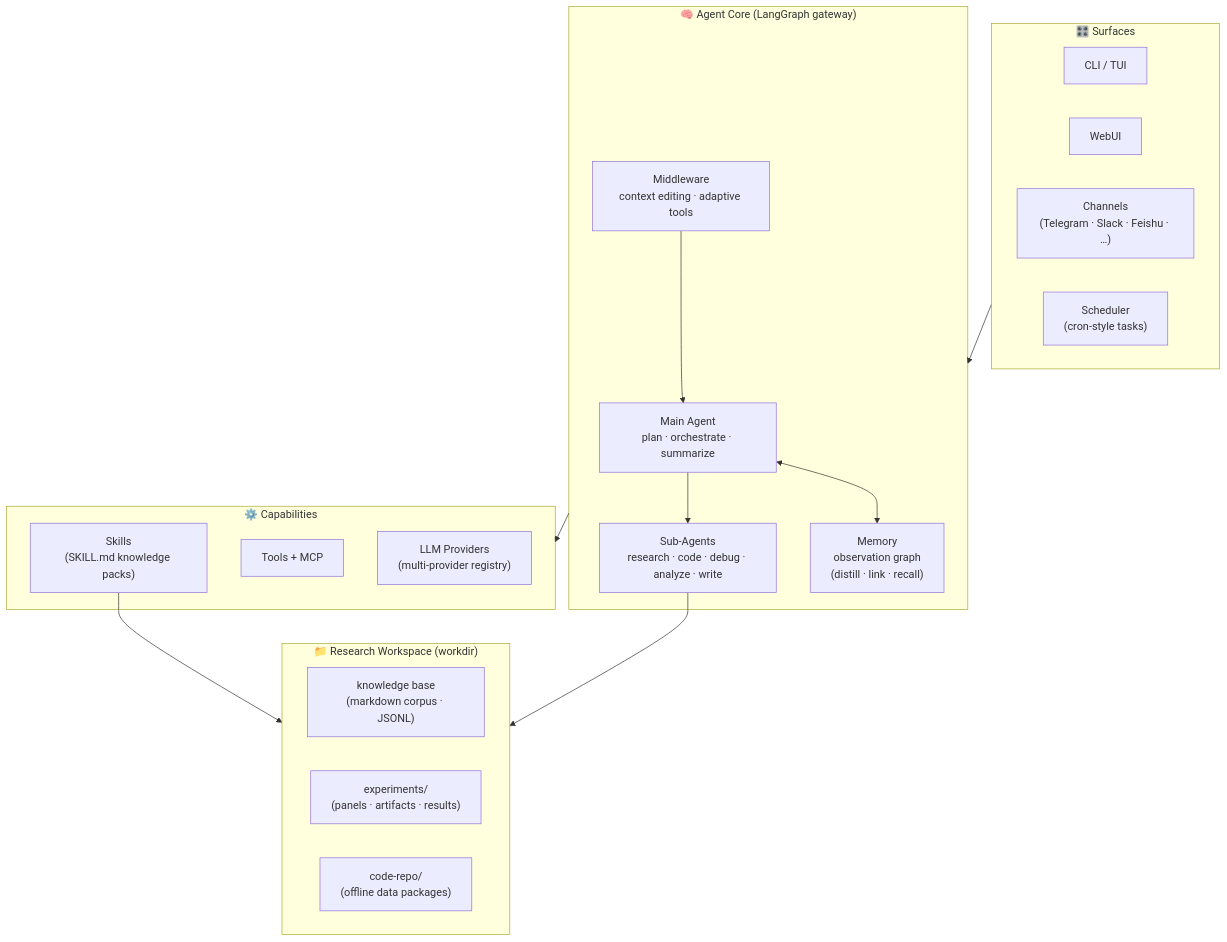
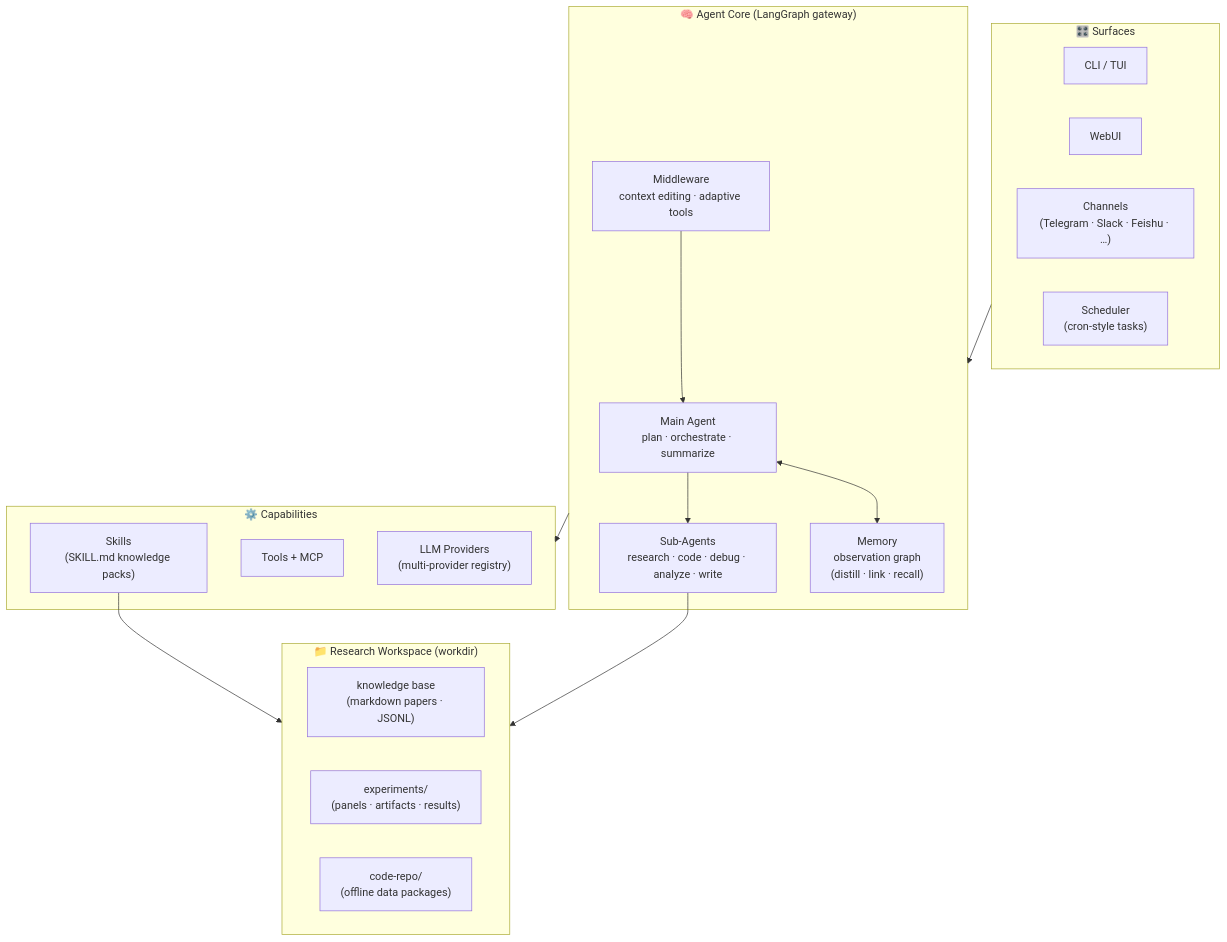
The first of 2 diagrams in README.md (CamusGIT/EvoQuant), drawn with Mermaid before and after one commit. The commit also changed other lines of this file and 33 other files, not shown here.

````diff
--- a/README.md
+++ b/README.md
@@ -35,36 +35,36 @@
 ```mermaid
 flowchart TB
     subgraph Surfaces["🎛️ Surfaces"]
         CLI["CLI / TUI"]
         WEB["WebUI"]
         CH["Channels<br/>(Telegram · Slack · Feishu · …)"]
         CRON["Scheduler<br/>(cron-style tasks)"]
     end
 
     subgraph Core["🧠 Agent Core (LangGraph gateway)"]
         MAIN["Main Agent<br/>plan · orchestrate · summarize"]
         SUB["Sub-Agents<br/>research · code · debug · analyze · write"]
         MEM["Memory<br/>observation graph<br/>(distill · link · recall)"]
         MW["Middleware<br/>context editing · adaptive tools"]
     end
 
     subgraph Capabilities["⚙️ Capabilities"]
         SKILLS["Skills<br/>(SKILL.md knowledge packs)"]
         TOOLS["Tools + MCP"]
         LLM["LLM Providers<br/>(multi-provider registry)"]
     end
 
     subgraph Workspace["📁 Research Workspace (workdir)"]
-        KB["knowledge base<br/>(markdown corpus · JSONL)"]
+        KB["knowledge base<br/>(markdown papers · JSONL)"]
         EXP["experiments/<br/>(panels · artifacts · results)"]
         CODE["code-repo/<br/>(offline data packages)"]
     end
 
     Surfaces --> Core
     MAIN --> SUB
     MAIN <--> MEM
     MW --> MAIN
     Core --> Capabilities
     SKILLS --> Workspace
     SUB --> Workspace
 ```
````
